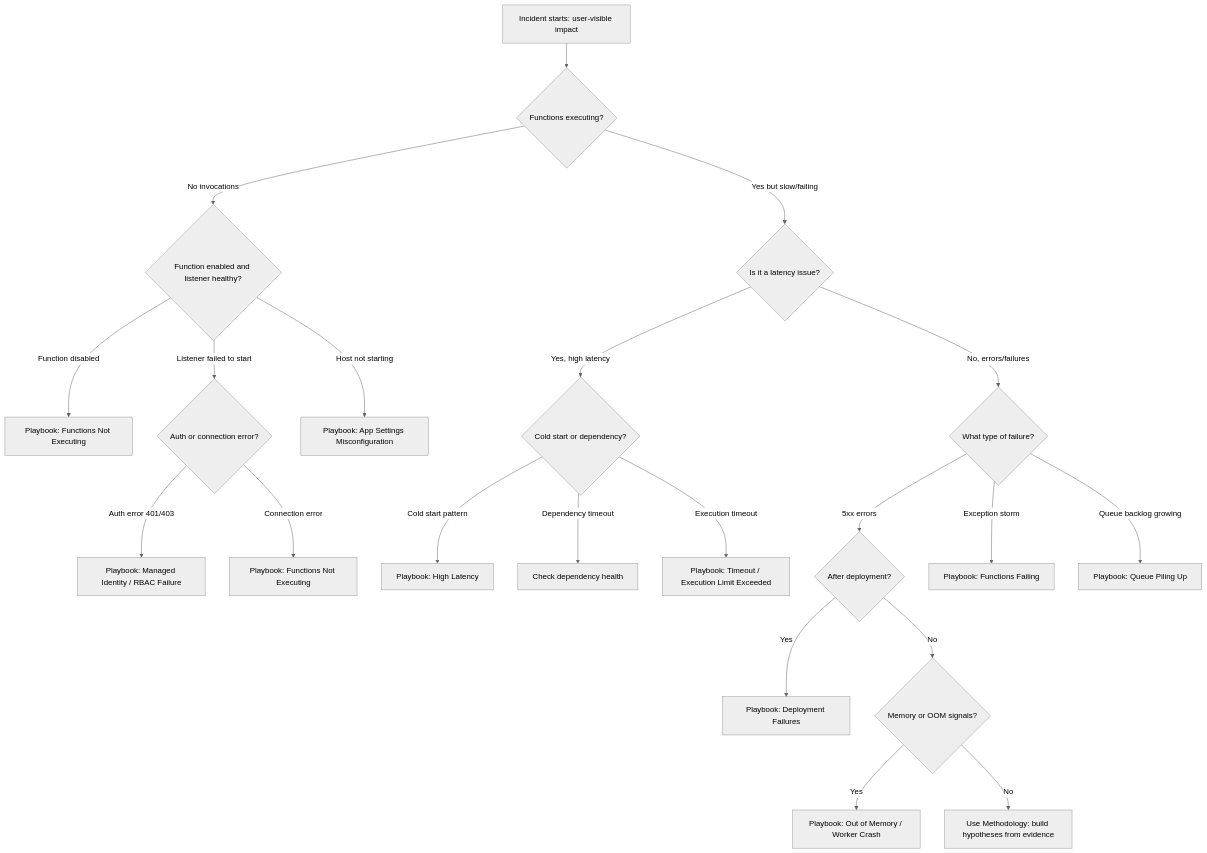
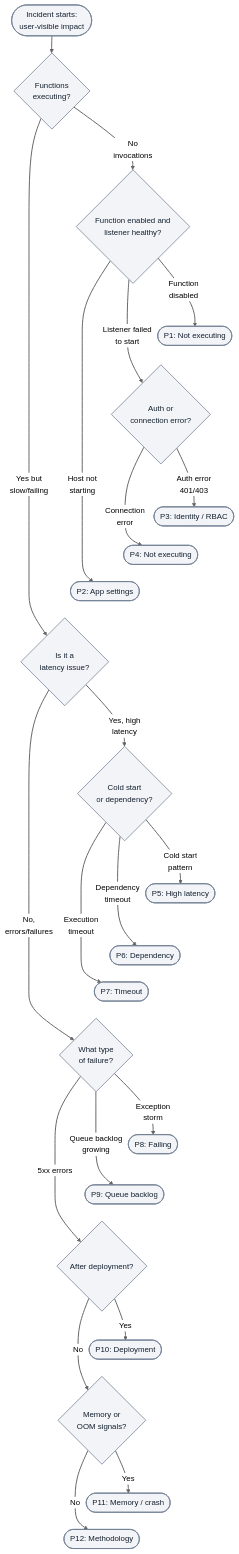
One commit to yeongseon/azure-functions-practical-guide changed the first of 2 diagrams in docs/troubleshooting/decision-tree.md. Above: the diagram before and after it, drawn with Mermaid (neutral theme). The commit also changed other lines of this file and 4 other files, not shown here.

First line of the commit message:
docs(diagrams): migrate Functions troubleshooting overview — architecture components reference and decision tree and related diagnostics (#455)

````diff
--- a/docs/troubleshooting/decision-tree.md
+++ b/docs/troubleshooting/decision-tree.md
@@ -50,31 +50,49 @@
 ```mermaid
+%%{init: {'flowchart': {'nodeSpacing': 5, 'rankSpacing': 35}}}%%
 flowchart TD
-    S[Incident starts: user-visible impact] --> Q1{Functions executing?}
+    accTitle: Symptom-first incident triage
+    accDescr: Illustrative routing to investigations, not confirmed causes. No invocations branches through enablement, listener, host, authentication and connection checks. Slow or failing executions branch through cold start, dependency and execution timeouts, failure type, deployment timing and memory signals. All twelve investigation endpoints remain alternatives; evidence and disproof determine the diagnosis.
+    S(["Incident starts:<br/>user-visible impact"]) --> Q1{"Functions<br/>executing?"}
 
-    Q1 -->|No invocations| Q1A{Function enabled and listener healthy?}
-    Q1 -->|"Yes but slow/failing"| Q2{Is it a latency issue?}
+    Q1 -->|"No<br/>invocations"| Q1A{"Function enabled and<br/>listener healthy?"}
+    Q1 -->|"Yes but<br/>slow/failing"| Q2{"Is it a<br/>latency issue?"}
 
-    Q1A -->|Function disabled| P1[Playbook: Functions Not Executing]
-    Q1A -->|Listener failed to start| Q1B{Auth or connection error?}
-    Q1A -->|Host not starting| P2[Playbook: App Settings Misconfiguration]
+    Q1A -->|"Function<br/>disabled"| P1(["P1: Not executing"])
+    Q1A -->|"Listener failed<br/>to start"| Q1B{"Auth or<br/>connection error?"}
+    Q1A -->|"Host not<br/>starting"| P2(["P2: App settings"])
 
-    Q1B -->|"Auth error 401/403"| P3["Playbook: Managed Identity / RBAC Failure"]
-    Q1B -->|Connection error| P4[Playbook: Functions Not Executing]
+    Q1B -->|"Auth error<br/>401/403"| P3(["P3: Identity / RBAC"])
+    Q1B -->|"Connection<br/>error"| P4(["P4: Not executing"])
 
-    Q2 -->|Yes, high latency| Q2A{Cold start or dependency?}
-    Q2 -->|"No, errors/failures"| Q3{What type of failure?}
+    Q2 -->|"Yes, high<br/>latency"| Q2A{"Cold start<br/>or dependency?"}
+    Q2 -->|"No,<br/>errors/failures"| Q3{"What type<br/>of failure?"}
 
-    Q2A -->|Cold start pattern| P5[Playbook: High Latency]
-    Q2A -->|Dependency timeout| P6[Check dependency health]
-    Q2A -->|Execution timeout| P7["Playbook: Timeout / Execution Limit Exceeded"]
+    Q2A -->|"Cold start<br/>pattern"| P5(["P5: High latency"])
+    Q2A -->|"Dependency<br/>timeout"| P6(["P6: Dependency"])
+    Q2A -->|"Execution<br/>timeout"| P7(["P7: Timeout"])
 
-    Q3 -->|5xx errors| Q3A{After deployment?}
-    Q3 -->|Exception storm| P8[Playbook: Functions Failing]
-    Q3 -->|Queue backlog growing| P9[Playbook: Queue Piling Up]
+    Q3 -->|5xx errors| Q3A{"After deployment?"}
+    Q3 -->|"Exception<br/>storm"| P8(["P8: Failing"])
+    Q3 -->|"Queue backlog<br/>growing"| P9(["P9: Queue backlog"])
 
-    Q3A -->|Yes| P10[Playbook: Deployment Failures]
-    Q3A -->|No| Q4{Memory or OOM signals?}
+    Q3A -->|Yes| P10(["P10: Deployment"])
+    Q3A -->|No| Q4{"Memory or<br/>OOM signals?"}
 
-    Q4 -->|Yes| P11["Playbook: Out of Memory / Worker Crash"]
-    Q4 -->|No| P12[Use Methodology: build hypotheses from evidence]
+    Q4 -->|Yes| P11(["P11: Memory / crash"])
+    Q4 -->|No| P12(["P12: Methodology"])
+    %% Layout-only links tier alternatives; they add no diagnostic steps or arrows.
+    P1 ~~~ Q1B
+    P3 ~~~ P4
+    P4 ~~~ P2
+    P2 ~~~ Q2
+    P5 ~~~ P6
+    P6 ~~~ P7
+    P7 ~~~ Q3
+    P8 ~~~ P9
+    P9 ~~~ Q3A
+    P10 ~~~ Q4
+    P11 ~~~ P12
+    classDef baseNeutral fill:#f2f4f8,stroke:#707e93,stroke-width:1.5px,color:#14202e;
+    class S,Q1,Q1A,Q1B,Q2,Q2A,Q3,Q3A,Q4,P1,P2,P3,P4,P5,P6,P7,P8,P9,P10,P11,P12 baseNeutral;
+    linkStyle default stroke-width:2px;
 ```
````
